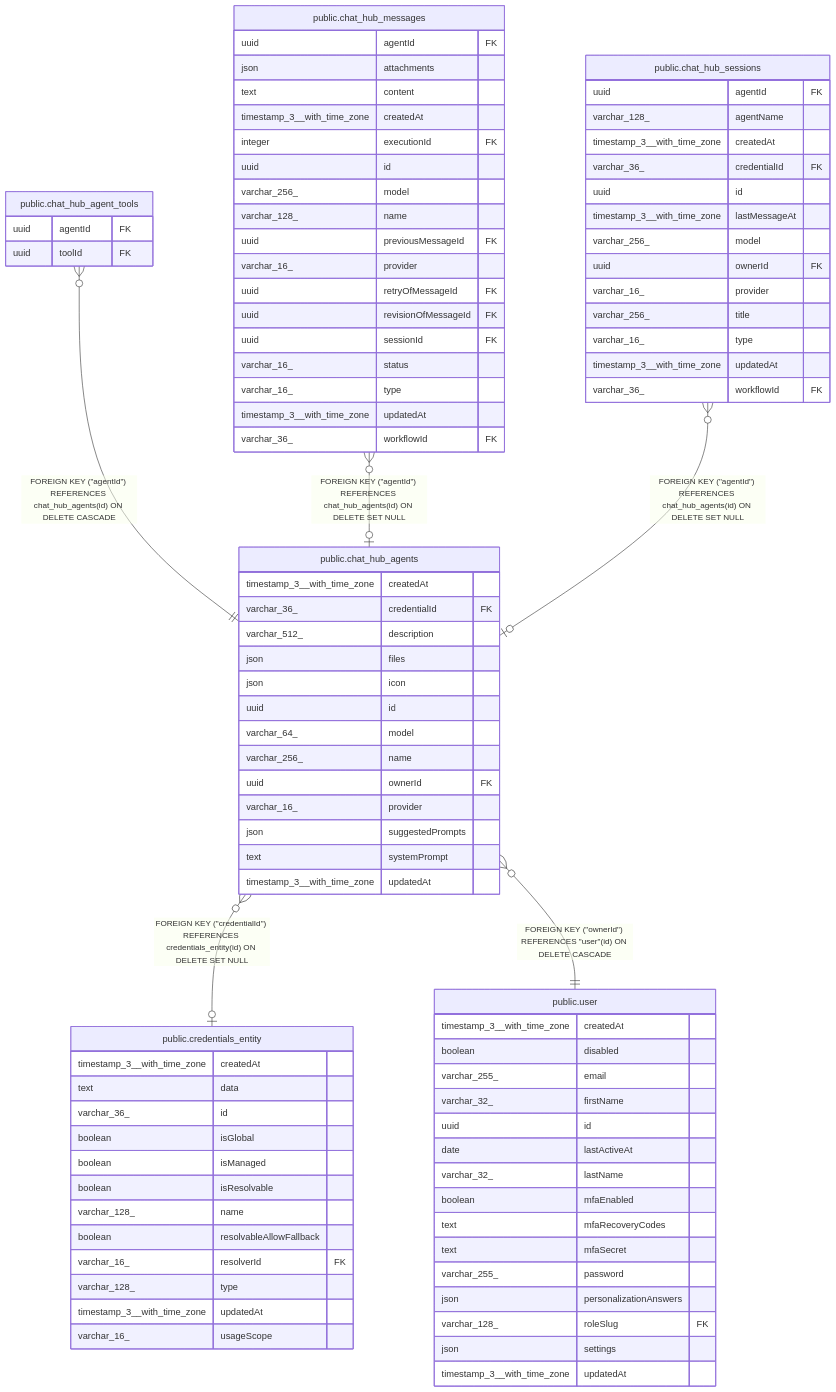
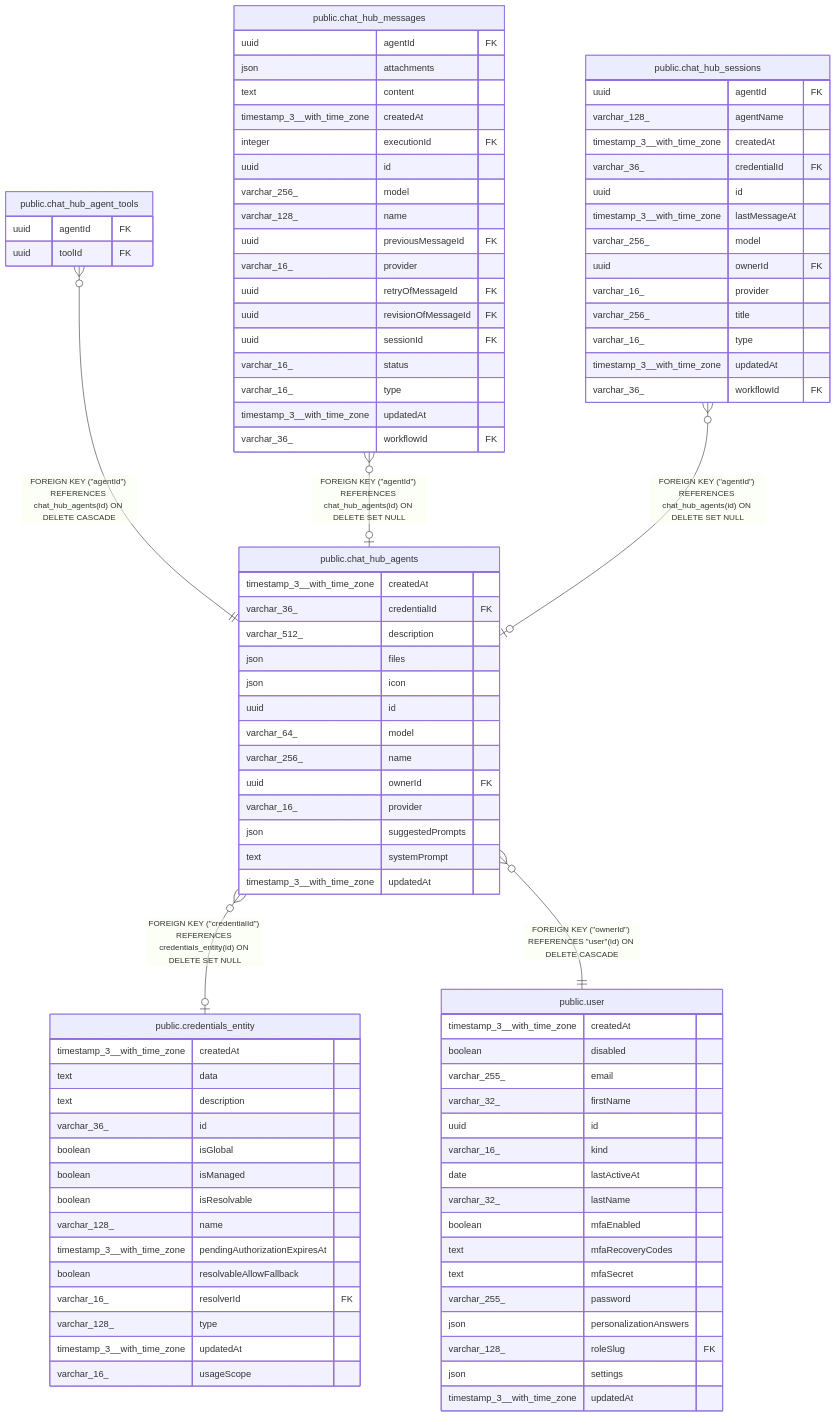
One commit to koreatest12/studys changed the diagram in n8n_integration/n8n_source/docs/generated/postgres-schema/public.chat_hub_agents.md. Above: the diagram before and after it, drawn with Mermaid. The commit also changed 23019 other files, not shown here.

```diff
--- a/n8n_integration/n8n_source/docs/generated/postgres-schema/public.chat_hub_agents.md
+++ b/n8n_integration/n8n_source/docs/generated/postgres-schema/public.chat_hub_agents.md
@@ -71,11 +71,13 @@
 "public.credentials_entity" {
   timestamp_3__with_time_zone createdAt
   text data
+  text description
   varchar_36_ id
   boolean isGlobal
   boolean isManaged
   boolean isResolvable
   varchar_128_ name
+  timestamp_3__with_time_zone pendingAuthorizationExpiresAt
   boolean resolvableAllowFallback
   varchar_16_ resolverId FK
   varchar_128_ type
@@ -126,6 +128,7 @@
   varchar_255_ email
   varchar_32_ firstName
   uuid id
+  varchar_16_ kind
   date lastActiveAt
   varchar_32_ lastName
   boolean mfaEnabled
```
